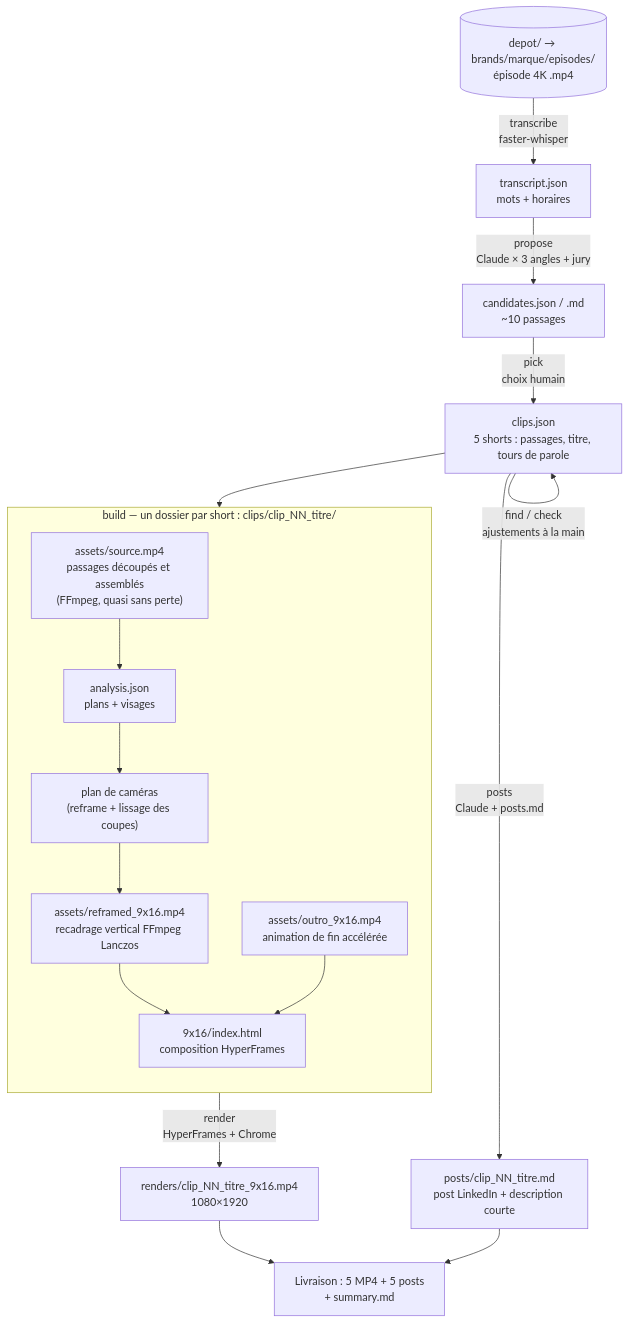
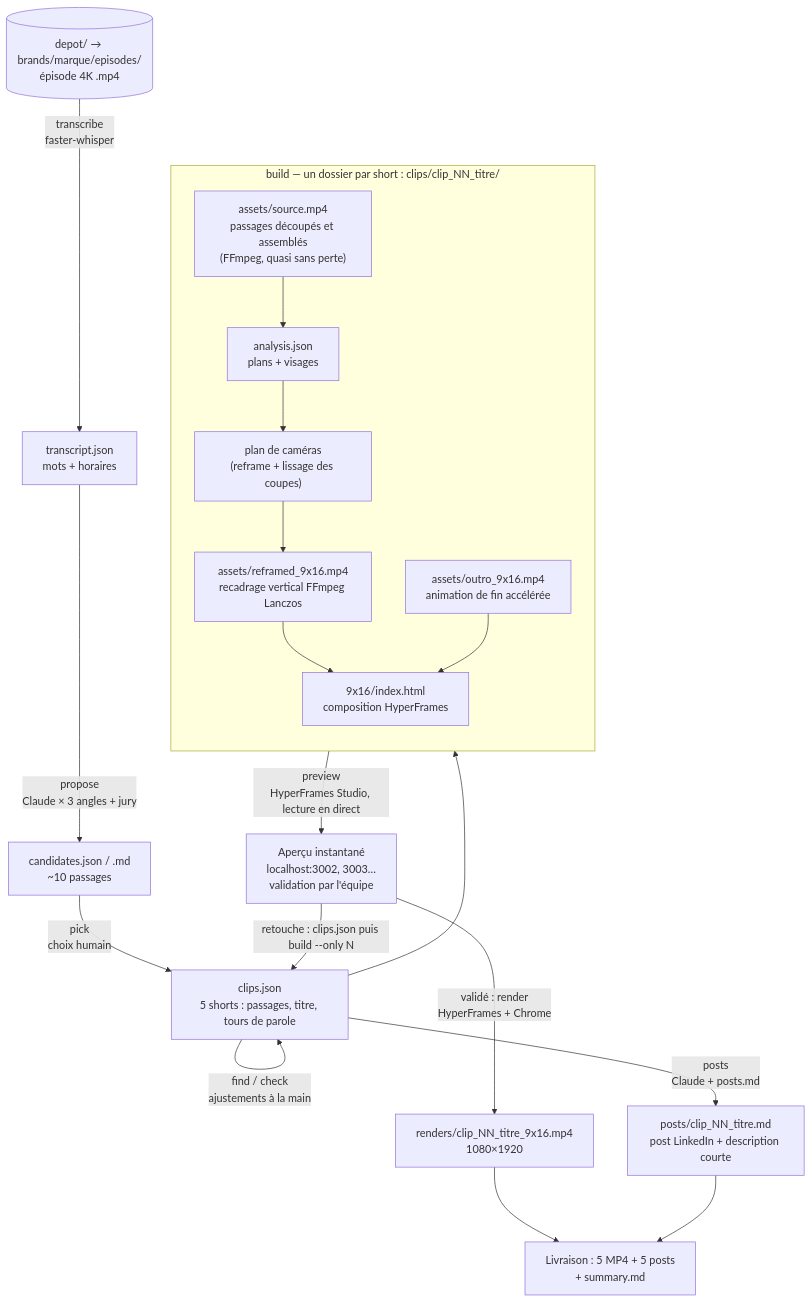
Before and after one commit to arthurw31/podcast-clipper: the second of 3 diagrams in docs/ARCHITECTURE.md, drawn with Mermaid. The commit also changed other lines of this file and 5 other files, not shown here.

Commit message:
Aperçu instantané intégré au workflow : preview (Studio en arrière-plan, un port par short, --stop), validation avant le rendu final ; skill et schémas à jour

````diff
--- a/docs/ARCHITECTURE.md
+++ b/docs/ARCHITECTURE.md
@@ -68,27 +68,29 @@
 ```mermaid
 flowchart TD
     EP[("depot/ → brands/marque/episodes/<br/>épisode 4K .mp4")]
 
     EP -->|transcribe<br/>faster-whisper| T["transcript.json<br/>mots + horaires"]
     T -->|propose<br/>Claude × 3 angles + jury| CA["candidates.json / .md<br/>~10 passages"]
     CA -->|pick<br/>choix humain| CJ["clips.json<br/>5 shorts : passages, titre, tours de parole"]
     CJ -->|find / check<br/>ajustements à la main| CJ
 
     CJ --> B
     subgraph B["build — un dossier par short : clips/clip_NN_titre/"]
         direction TB
         S1["assets/source.mp4<br/>passages découpés et assemblés<br/>(FFmpeg, quasi sans perte)"]
         S2["analysis.json<br/>plans + visages"]
         S3["plan de caméras<br/>(reframe + lissage des coupes)"]
         S4["assets/reframed_9x16.mp4<br/>recadrage vertical FFmpeg Lanczos"]
         S5["assets/outro_9x16.mp4<br/>animation de fin accélérée"]
         S6["9x16/index.html<br/>composition HyperFrames"]
         S1 --> S2 --> S3 --> S4 --> S6
         S5 --> S6
     end
 
-    B -->|render<br/>HyperFrames + Chrome| R["renders/clip_NN_titre_9x16.mp4<br/>1080×1920"]
+    B -->|preview<br/>HyperFrames Studio, lecture en direct| PV["Aperçu instantané<br/>localhost:3002, 3003…<br/>validation par l'équipe"]
+    PV -->|retouche : clips.json puis build --only N| CJ
+    PV -->|validé : render<br/>HyperFrames + Chrome| R["renders/clip_NN_titre_9x16.mp4<br/>1080×1920"]
     CJ -->|posts<br/>Claude + posts.md| P["posts/clip_NN_titre.md<br/>post LinkedIn + description courte"]
     R --> OUT["Livraison : 5 MP4 + 5 posts<br/>+ summary.md"]
     P --> OUT
 ```
````
